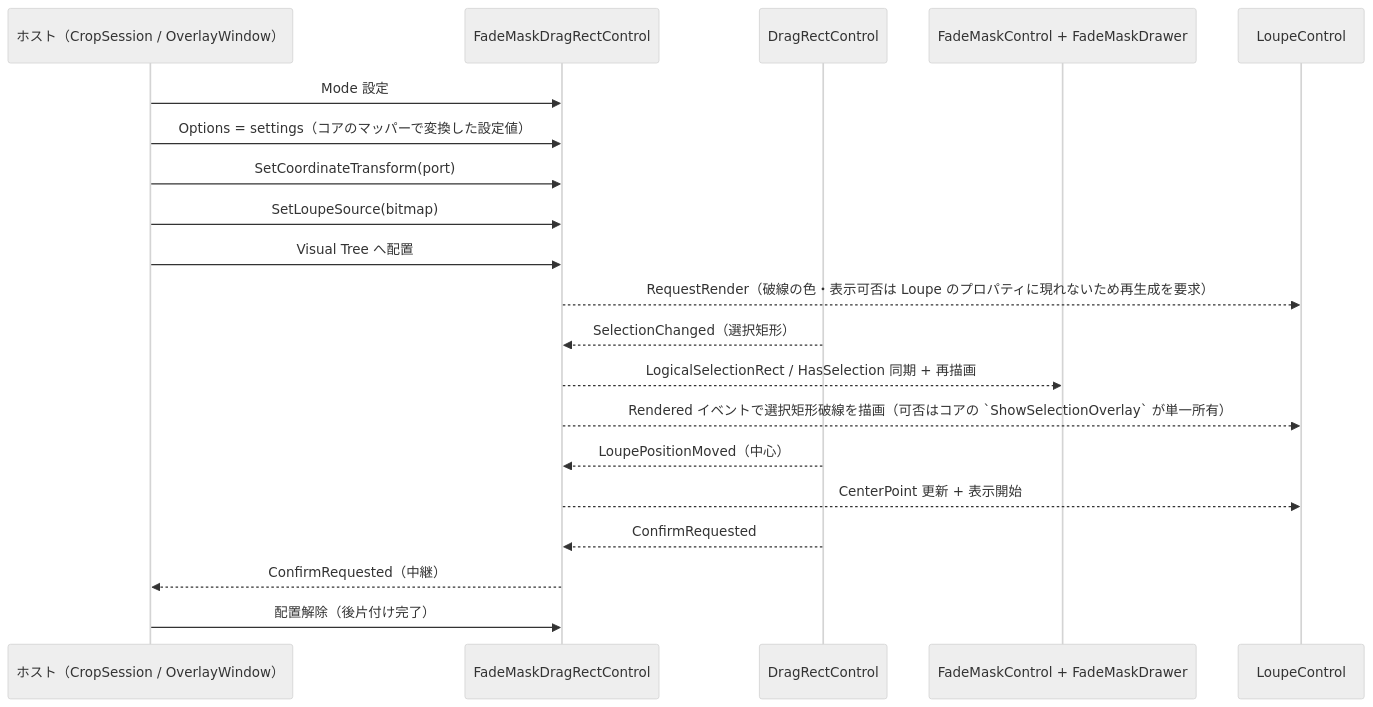
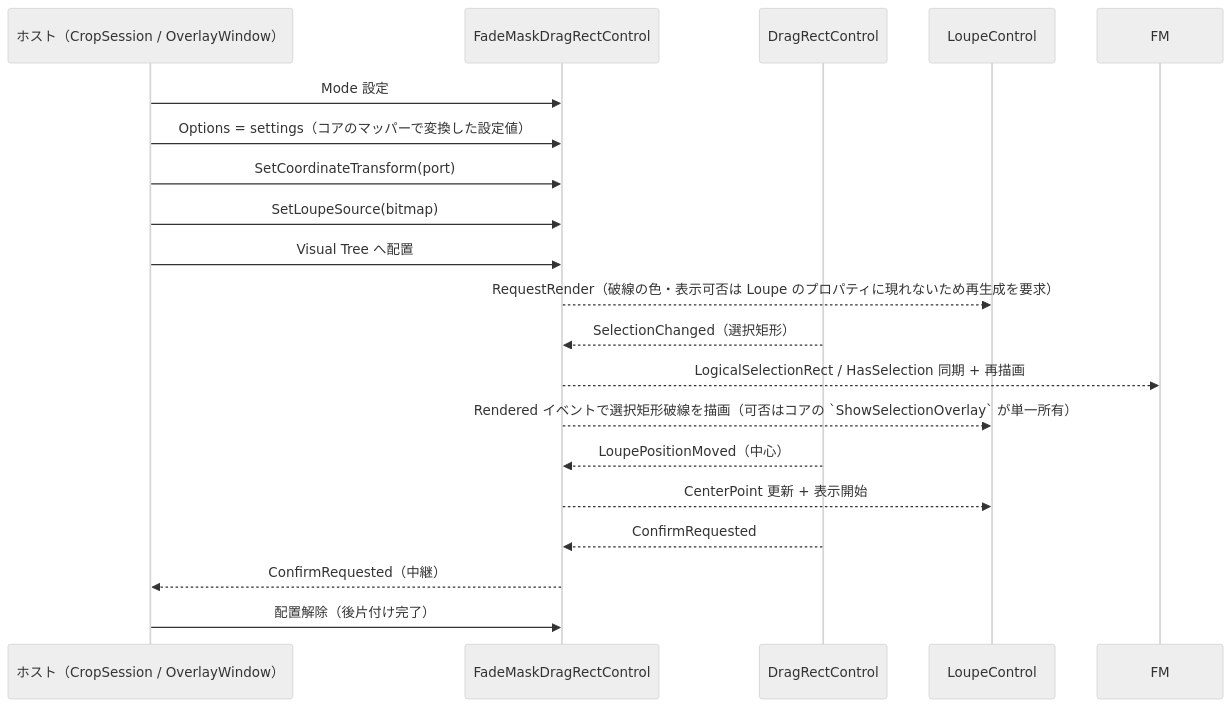
The second of 2 diagrams in src/FadeMaskDragRectControl.AvaloniaUI/SPEC_System.md (tomokuni/SaveEvidence), drawn with Mermaid (neutral theme) before and after one commit. The commit also changed other lines of this file and 178 other files, not shown here.

````diff
--- a/src/FadeMaskDragRectControl.AvaloniaUI/SPEC_System.md
+++ b/src/FadeMaskDragRectControl.AvaloniaUI/SPEC_System.md
@@ -177,23 +174,23 @@
 ```mermaid
 sequenceDiagram
     participant H as ホスト（CropSession / OverlayWindow）
     participant C as FadeMaskDragRectControl
     participant DR as DragRectControl
-    participant FM as FadeMaskControl + FadeMaskDrawer
+    
     participant LC as LoupeControl
 
     H->>C: Mode 設定
     H->>C: Options = settings（コアのマッパーで変換した設定値）
     H->>C: SetCoordinateTransform(port)
     H->>C: SetLoupeSource(bitmap)
     H->>C: Visual Tree へ配置
     C-->>LC: RequestRender（破線の色・表示可否は Loupe のプロパティに現れないため再生成を要求）
     DR-->>C: SelectionChanged（選択矩形）
     C-->>FM: LogicalSelectionRect / HasSelection 同期 + 再描画
     C-->>LC: Rendered イベントで選択矩形破線を描画（可否はコアの `ShowSelectionOverlay` が単一所有）
     DR-->>C: LoupePositionMoved（中心）
     C-->>LC: CenterPoint 更新 + 表示開始
     DR-->>C: ConfirmRequested
     C-->>H: ConfirmRequested（中継）
     H->>C: 配置解除（後片付け完了）
 ```
````
